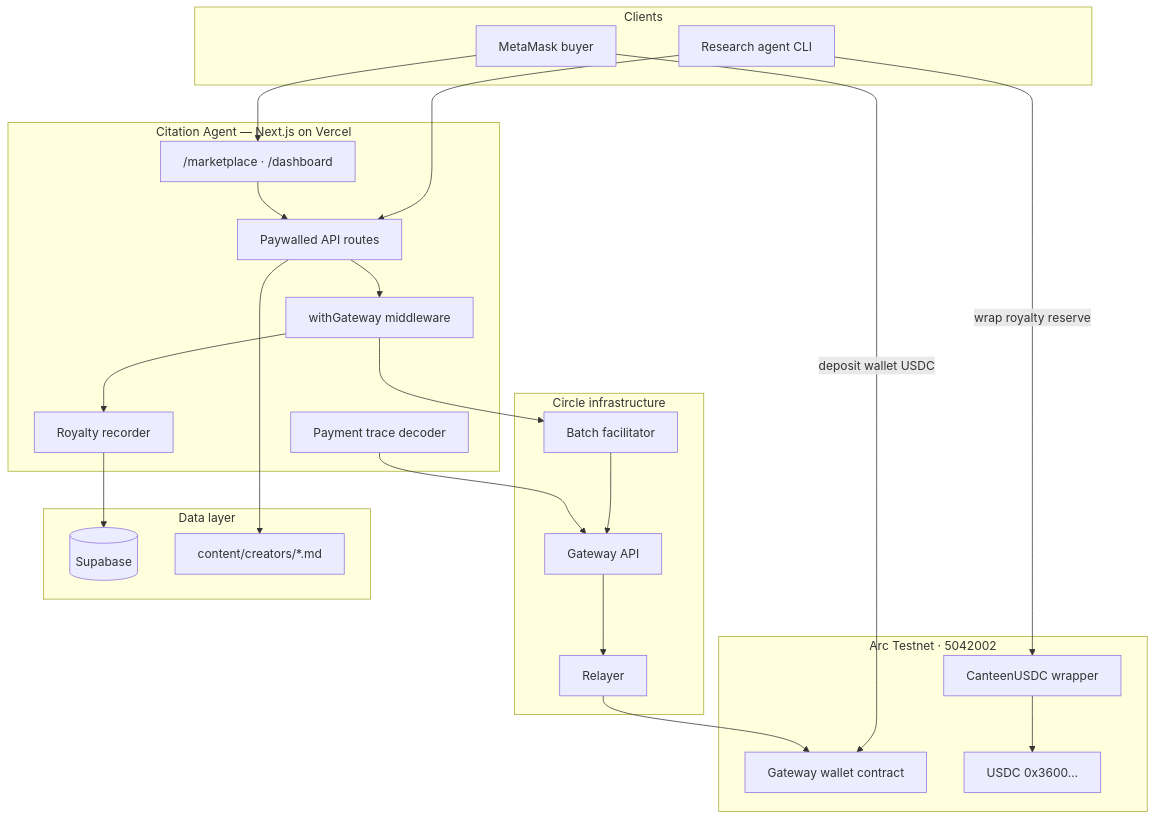
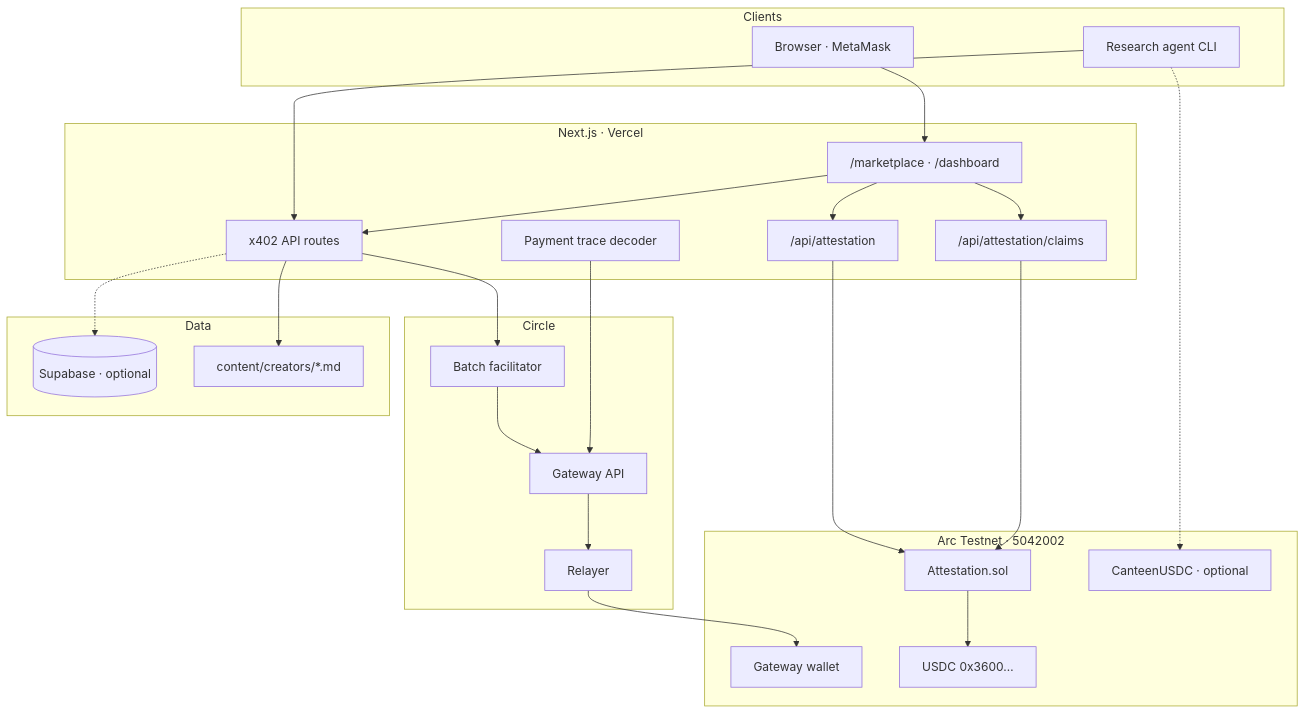
One commit to rudazy/citation-agent changed the first of 3 diagrams in README.md. Above: the diagram before and after it, drawn with Mermaid. The commit also changed other lines of this file and 26 other files, not shown here.

````diff
--- a/README.md
+++ b/README.md
@@ -36,48 +30,48 @@
 ```mermaid
 flowchart TB
-  subgraph clients["Clients"]
-    MM["MetaMask buyer"]
-    CLI["Research agent CLI"]
+  subgraph Clients
+    Browser["Browser · MetaMask"]
+    AgentCLI["Research agent CLI"]
   end
 
-  subgraph vercel["Citation Agent — Next.js on Vercel"]
-    UI["/marketplace · /dashboard"]
-    API["Paywalled API routes"]
-    GW_MW["withGateway middleware"]
-    ROY["Royalty recorder"]
-    TRACE["Payment trace decoder"]
+  subgraph App["Next.js · Vercel"]
+    Pages["/marketplace · /dashboard"]
+    X402["x402 API routes"]
+    AttestAPI["/api/attestation"]
+    ClaimsAPI["/api/attestation/claims"]
+    Trace["Payment trace decoder"]
   end
 
-  subgraph circle["Circle infrastructure"]
-    FAC["Batch facilitator"]
-    GAPI["Gateway API"]
-    REL["Relayer"]
+  subgraph Circle
+    Facilitator["Batch facilitator"]
+    GatewayAPI["Gateway API"]
+    Relayer["Relayer"]
   end
 
-  subgraph arc["Arc Testnet · 5042002"]
-    GWC["Gateway wallet contract"]
+  subgraph Arc["Arc Testnet · 5042002"]
+    Gateway["Gateway wallet"]
     USDC["USDC 0x3600…"]
-    CUSDC["CanteenUSDC wrapper"]
+    Attestation["Attestation.sol"]
+    Canteen["CanteenUSDC · optional"]
   end
 
-  subgraph data["Data layer"]
-    SB[("Supabase")]
-    CONTENT["content/creators/*.md"]
+  subgraph Data
+    Supabase[("Supabase · optional")]
+    Creators["content/creators/*.md"]
   end
 
-  MM -->|"deposit wallet USDC"| GWC
-  MM --> UI
-  CLI --> API
-  UI --> API
-  API --> GW_MW
-  GW_MW --> FAC
-  FAC --> GAPI
-  GAPI --> REL
-  REL --> GWC
-  GW_MW --> ROY
-  ROY --> SB
-  TRACE --> GAPI
-  API --> CONTENT
-  CLI -->|"wrap royalty reserve"| CUSDC
-  CUSDC --> USDC
+  Browser --> Pages
+  AgentCLI --> X402
+  Pages --> X402
+  Pages --> AttestAPI
+  Pages --> ClaimsAPI
+  X402 --> Facilitator
+  Facilitator --> GatewayAPI --> Relayer --> Gateway
+  AttestAPI --> Attestation
+  Attestation --> USDC
+  ClaimsAPI --> Attestation
+  X402 --> Creators
+  X402 -.-> Supabase
+  Trace --> GatewayAPI
+  AgentCLI -.-> Canteen
 ```
````
